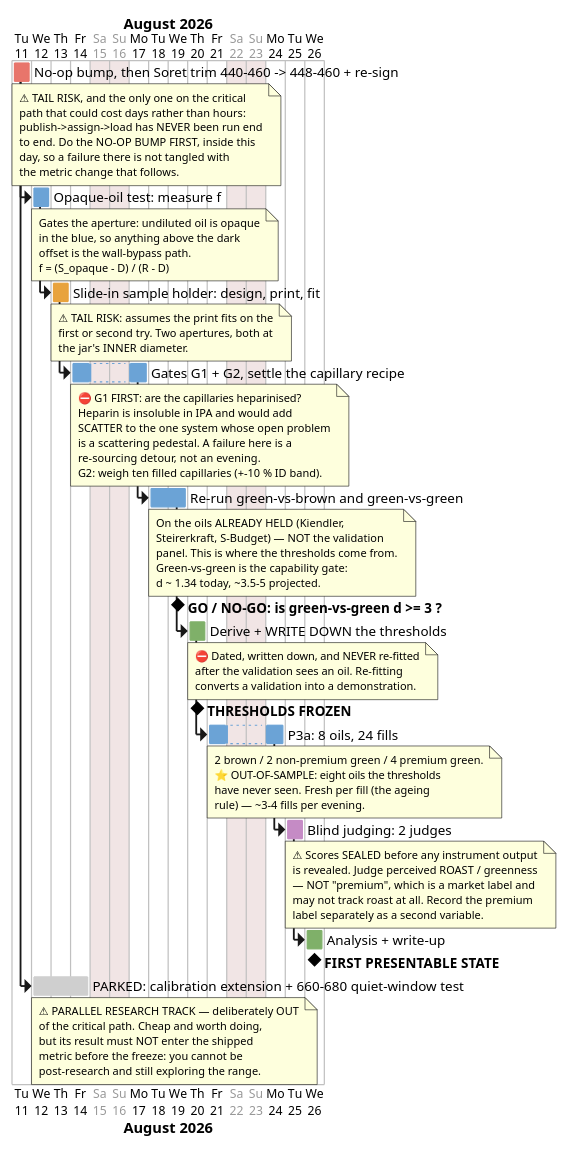
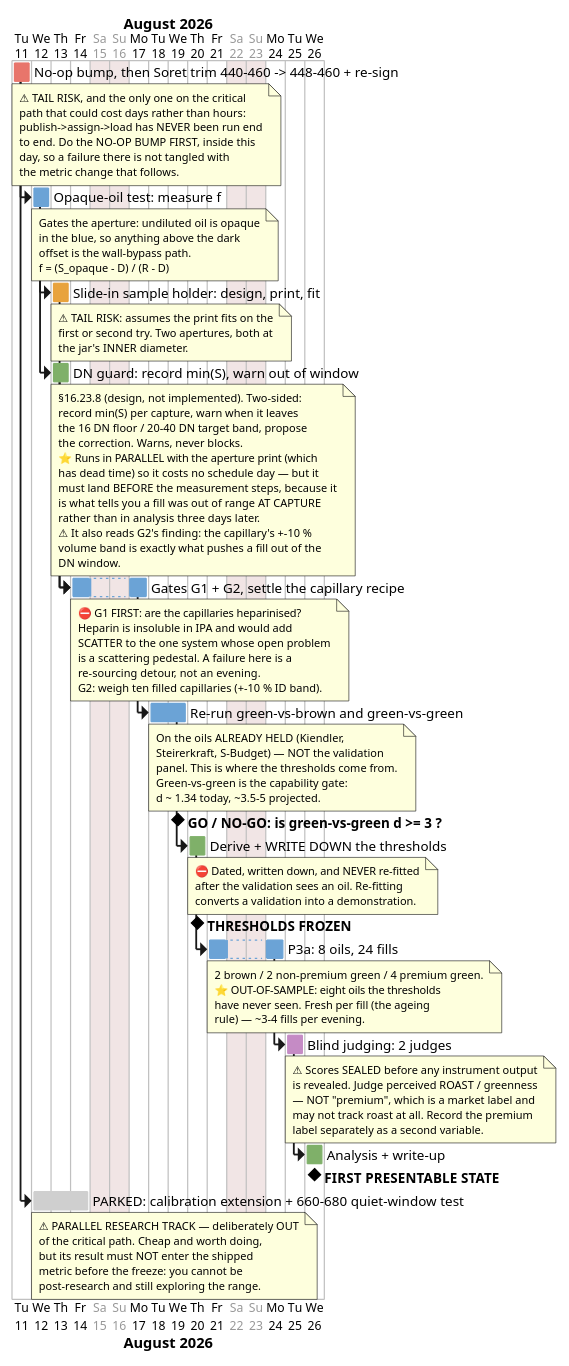
One commit to nidwe72/spectracs-docs changed the diagram in first_presentable_state.puml. Above: the diagram before and after it, drawn with PlantUML. The commit also changed 1 other file, not shown here.

Commit message:
Gantt: add the DN guard, parallel to the aperture print
Missing from the first cut. Drawn in parallel with the print so it consumes
no schedule day, with the dependency into the gates made explicit - it has
to be live before any capillary run.

```diff
--- a/first_presentable_state.puml
+++ b/first_presentable_state.puml
@@ -1,149 +1,168 @@
 @startgantt first_presentable_state
 ' Spectracs — the FIRST PRESENTABLE STATE milestone, as a schedule.
 ' Companion to spectracsPy/docs/SPEC_first_presentable_state.md (the prose spec) and ROADMAP.md
 ' (the working backlog, where these appear as NEXT TASK / PRIO 1 / PRIO 2 / PRIO 3a).
 '
 ' The point this surfaces: the path from "the metric still moves" to "the metric and its thresholds are
 ' FROZEN, validated out-of-sample, and presentable to a lab owner" is ~10-12 working days, and only two
 ' items on it carry a real tail. Everything is sequential because each step's output is the next step's
 ' input: the aperture changes the optical path, so the capillary runs must come after it; the thresholds
 ' are derived from the capillary corpus, so they must be frozen before the validation sees any oil.
 '
 ' Durations are EDWIN's estimates (2026-08-06), from his own bench pace, and sum to 12 working days
 ' - the upper end of his 10-12 range, because a plan should not be built on the optimistic end.
 ' ⚠ Two items carry a tail (marked red/orange): the never-rig-verified publish path and the print fit.
 ' Budget 13-15 days if either fights back. Effort-days, not calendar.
 ' Regenerate: java -jar plantuml.jar -tsvg first_presentable_state.puml
 
 printscale daily
 saturday are closed
 sunday are closed
 
 Project starts the 11th of August 2026
 
 ' ── colours ───────────────────────────────────────────────────────────────────────
 ' green  = software / desk       blue = bench measurement
 ' orange = build / fabrication   red  = carries a tail risk
 <style>
 ganttDiagram {
   task {
     FontName Verdana
     FontSize 11
   }
   milestone {
     FontSize 11
     FontStyle bold
   }
 }
 </style>
 
 ' ── 0 · unblock the plugin path ───────────────────────────────────────────────────
 [No-op bump, then Soret trim 440-460 -> 448-460 + re-sign] as [TRIM] lasts 1 day
 [TRIM] is colored in #E8756B
 note bottom
   ⚠ TAIL RISK, and the only one on the critical
   path that could cost days rather than hours:
   publish->assign->load has NEVER been run end
   to end. Do the NO-OP BUMP FIRST, inside this
   day, so a failure there is not tangled with
   the metric change that follows.
 end note
 
 ' ── 1 · the sample path ───────────────────────────────────────────────────────────
 [Opaque-oil test: measure f] as [FTEST] lasts 1 day
 [FTEST] starts at [TRIM]'s end
 [FTEST] is colored in #6BA3D6
 note bottom
   Gates the aperture: undiluted oil is opaque
   in the blue, so anything above the dark
   offset is the wall-bypass path.
   f = (S_opaque - D) / (R - D)
 end note
 
 [Slide-in sample holder: design, print, fit] as [APERTURE] lasts 1 day
 [APERTURE] starts at [FTEST]'s end
 [APERTURE] is colored in #E8A33D
 note bottom
   ⚠ TAIL RISK: assumes the print fits on the
   first or second try. Two apertures, both at
   the jar's INNER diameter.
 end note
 
+[DN guard: record min(S), warn out of window] as [DNGUARD] lasts 1 day
+[DNGUARD] starts at [FTEST]'s end
+[DNGUARD] is colored in #7FB069
+note bottom
+  §16.23.8 (design, not implemented). Two-sided:
+  record min(S) per capture, warn when it leaves
+  the 16 DN floor / 20-40 DN target band, propose
+  the correction. Warns, never blocks.
+  ⭐ Runs in PARALLEL with the aperture print (which
+  has dead time) so it costs no schedule day — but it
+  must land BEFORE the measurement steps, because it
+  is what tells you a fill was out of range AT CAPTURE
+  rather than in analysis three days later.
+  ⚠ It also reads G2's finding: the capillary's +-10 %
+  volume band is exactly what pushes a fill out of the
+  DN window.
+end note
+
 ' ── 2 · the preparation path ──────────────────────────────────────────────────────
 [Gates G1 + G2, settle the capillary recipe] as [GATES] lasts 2 days
 [GATES] starts at [APERTURE]'s end
+[GATES] starts at [DNGUARD]'s end
 [GATES] is colored in #6BA3D6
 note bottom
   ⛔ G1 FIRST: are the capillaries heparinised?
   Heparin is insoluble in IPA and would add
   SCATTER to the one system whose open problem
   is a scattering pedestal. A failure here is a
   re-sourcing detour, not an evening.
   G2: weigh ten filled capillaries (+-10 % ID band).
 end note
 
 [Re-run green-vs-brown and green-vs-green] as [RERUN] lasts 2 days
 [RERUN] starts at [GATES]'s end
 [RERUN] is colored in #6BA3D6
 note bottom
   On the oils ALREADY HELD (Kiendler,
   Steirerkraft, S-Budget) — NOT the validation
   panel. This is where the thresholds come from.
   Green-vs-green is the capability gate:
   d ~ 1.34 today, ~3.5-5 projected.
 end note
 
 [GO / NO-GO: is green-vs-green d >= 3 ?] as [GONOGO] happens at [RERUN]'s end
 
 ' ── 3 · freeze, then validate out-of-sample ───────────────────────────────────────
 [Derive + WRITE DOWN the thresholds] as [FREEZE] lasts 1 day
 [FREEZE] starts at [RERUN]'s end
 [FREEZE] is colored in #7FB069
 note bottom
   ⛔ Dated, written down, and NEVER re-fitted
   after the validation sees an oil. Re-fitting
   converts a validation into a demonstration.
 end note
 
 [THRESHOLDS FROZEN] as [FROZEN] happens at [FREEZE]'s end
 
 [P3a: 8 oils, 24 fills] as [P3AMEAS] lasts 2 days
 [P3AMEAS] starts at [FREEZE]'s end
 [P3AMEAS] is colored in #6BA3D6
 note bottom
   2 brown / 2 non-premium green / 4 premium green.
   ⭐ OUT-OF-SAMPLE: eight oils the thresholds
   have never seen. Fresh per fill (the ageing
   rule) — ~3-4 fills per evening.
 end note
 
 [Blind judging: 2 judges] as [JUDGE] lasts 1 day
 [JUDGE] starts at [P3AMEAS]'s end
 [JUDGE] is colored in #C58BC5
 note bottom
   ⚠ Scores SEALED before any instrument output
   is revealed. Judge perceived ROAST / greenness
   — NOT "premium", which is a market label and
   may not track roast at all. Record the premium
   label separately as a second variable.
 end note
 
 [Analysis + write-up] as [WRITEUP] lasts 1 day
 [WRITEUP] starts at [JUDGE]'s end
 [WRITEUP] is colored in #7FB069
 
 [FIRST PRESENTABLE STATE] as [PRESENT] happens at [WRITEUP]'s end
 
 ' ── the parked research track ─────────────────────────────────────────────────────
 [PARKED: calibration extension + 660-680 quiet-window test] as [PARKED] lasts 3 days
 [PARKED] starts at [TRIM]'s end
 [PARKED] is colored in #CFCFCF
 note bottom
   ⚠ PARALLEL RESEARCH TRACK — deliberately OUT
   of the critical path. Cheap and worth doing,
   but its result must NOT enter the shipped
   metric before the freeze: you cannot be
   post-research and still exploring the range.
 end note
 
 @endgantt
```
